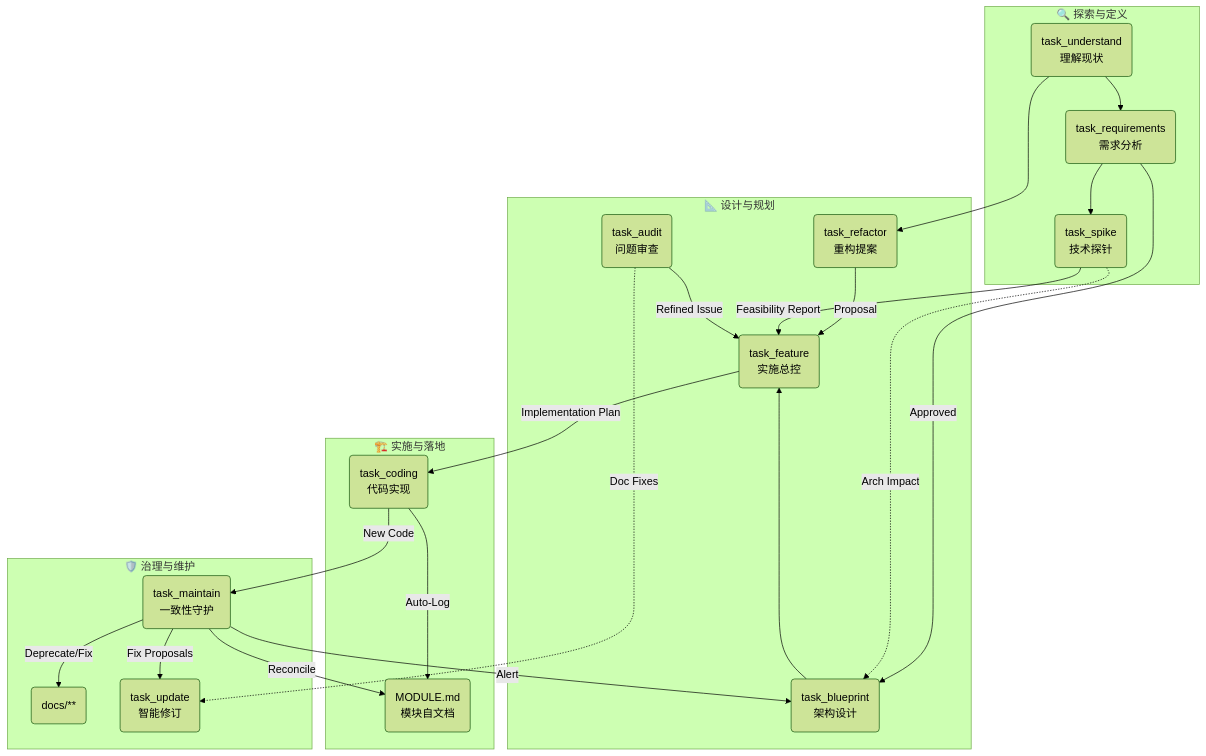
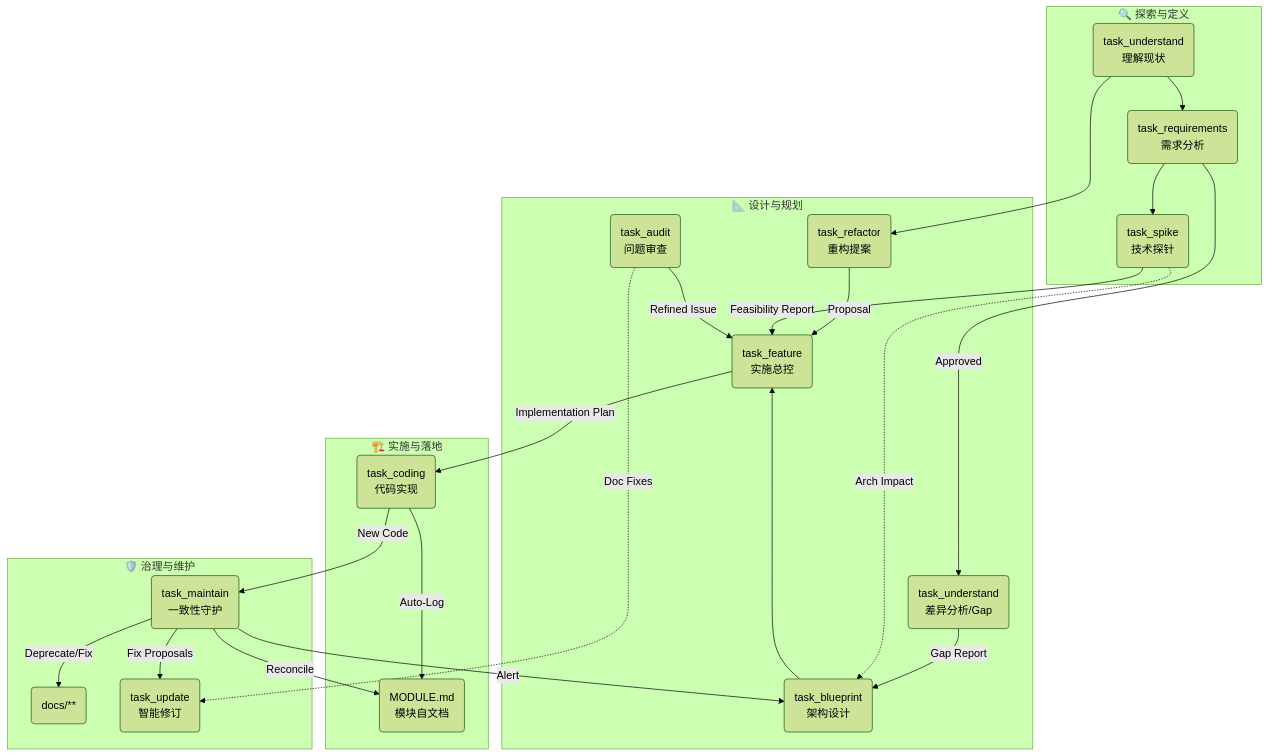
The diagram in README.md (FlutteryEmbers/workflow), drawn with Mermaid (forest theme) before and after one commit. The commit also changed other lines of this file and 11 other files, not shown here.

````diff
--- a/README.md
+++ b/README.md
@@ -10,37 +10,38 @@
 ```mermaid
 graph TD
     %% 阶段定义
     subgraph Discovery [🔍 探索与定义]
         Understand(task_understand<br/>理解现状) --> Requirements(task_requirements<br/>需求分析)
         Requirements --> Spike(task_spike<br/>技术探针)
     end
 
     subgraph Design [📐 设计与规划]
-        Requirements -->|Approved| Blueprint(task_blueprint<br/>架构设计)
+        Requirements -->|Approved| Understand_Gap(task_understand<br/>差异分析/Gap)
+        Understand_Gap -->|Gap Report| Blueprint(task_blueprint<br/>架构设计)
         Blueprint --> Feature(task_feature<br/>实施总控)
         
         %% Feature 的多源输入
         Refactor(task_refactor<br/>重构提案) -->|Proposal| Feature
         Spike -->|Feasibility Report| Feature
         Audit(task_audit<br/>问题审查) -->|Refined Issue| Feature
     end
     
     subgraph Execution [🏗️ 实施与落地]
         Feature -->|Implementation Plan| Coding(task_coding<br/>代码实现)
         Coding -->|Auto-Log| ModuleDoc(MODULE.md<br/>模块自文档)
     end
 
     subgraph Governance [🛡️ 治理与维护]
         Coding -->|New Code| Maintain(task_maintain<br/>一致性守护)
         Maintain -->|Reconcile| ModuleDoc
         Maintain -->|Deprecate/Fix| Docs(docs/**)
         Maintain -->|Alert| Blueprint
         
         Maintain -->|Fix Proposals| Update(task_update<br/>智能修订)
         Audit -.->|Doc Fixes| Update
     end
 
     %% 跨阶段连接
     Understand --> Refactor
     Spike -.->|Arch Impact| Blueprint
 ```
````
